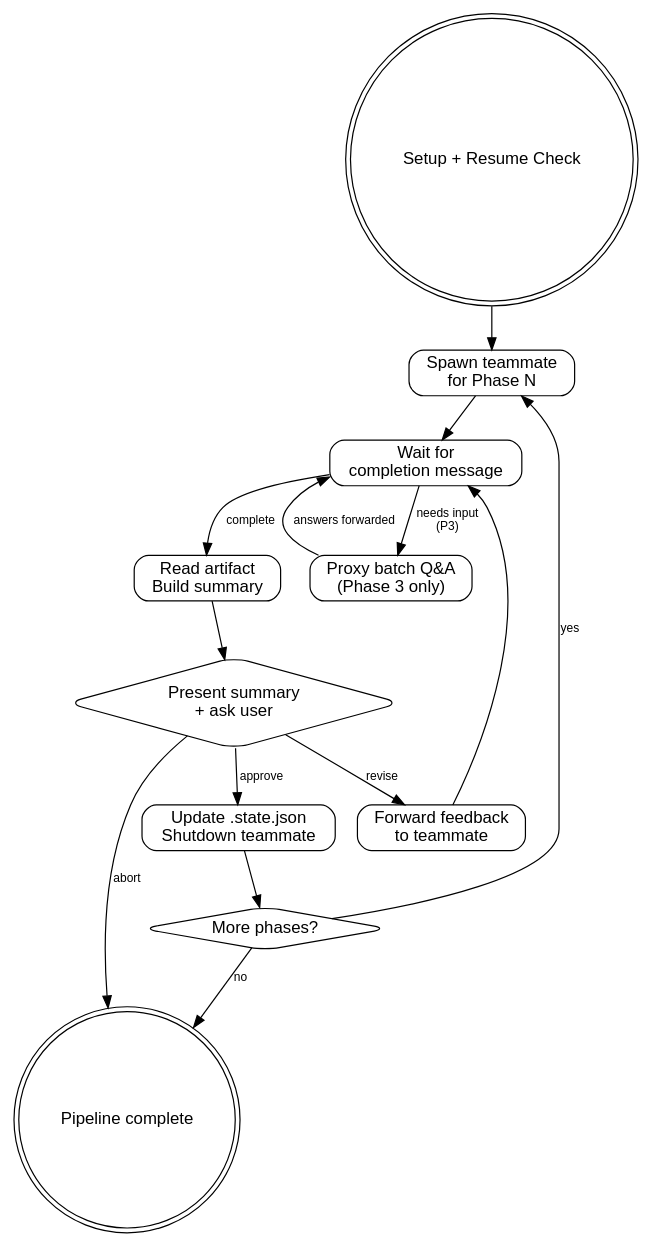
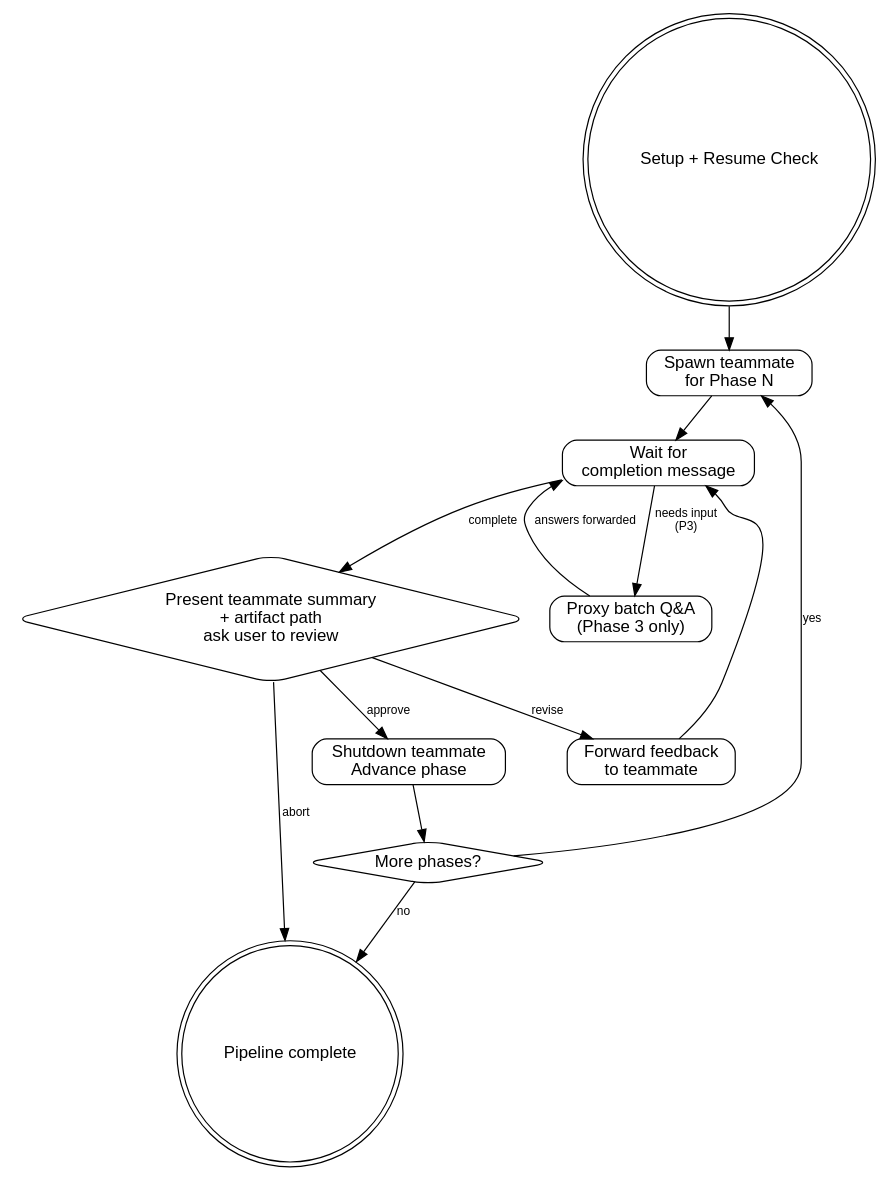
Before and after one commit to ronsanzone/claude-essentials: the diagram in .claude/skills/deep-work-pipeline/SKILL.md, drawn with Graphviz. The commit also changed other lines of this file and 1 other file, not shown here.

````diff
--- a/.claude/skills/deep-work-pipeline/SKILL.md
+++ b/.claude/skills/deep-work-pipeline/SKILL.md
@@ -42,32 +54,30 @@
 ```dot
 digraph pipeline {
     rankdir=TB;
     node [shape=box, style=rounded, fontname="Helvetica"];
     edge [fontname="Helvetica", fontsize=10];
 
     init [label="Setup + Resume Check" shape=doublecircle];
     spawn [label="Spawn teammate\nfor Phase N"];
     wait [label="Wait for\ncompletion message"];
     proxy_qa [label="Proxy batch Q&A\n(Phase 3 only)"];
-    read_artifact [label="Read artifact\nBuild summary"];
-    gate [label="Present summary\n+ ask user" shape=diamond];
+    gate [label="Present teammate summary\n+ artifact path\nask user to review" shape=diamond];
     revise [label="Forward feedback\nto teammate"];
-    advance [label="Update .state.json\nShutdown teammate"];
+    advance [label="Shutdown teammate\nAdvance phase"];
     next [label="More phases?" shape=diamond];
     done [label="Pipeline complete" shape=doublecircle];
 
     init -> spawn;
     spawn -> wait;
     wait -> proxy_qa [label="needs input\n(P3)"];
-    wait -> read_artifact [label="complete"];
+    wait -> gate [label="complete"];
     proxy_qa -> wait [label="answers forwarded"];
-    read_artifact -> gate;
     gate -> advance [label="approve"];
     gate -> revise [label="revise"];
     gate -> done [label="abort"];
     revise -> wait;
     advance -> next;
     next -> spawn [label="yes"];
     next -> done [label="no"];
 }
 ```
````
